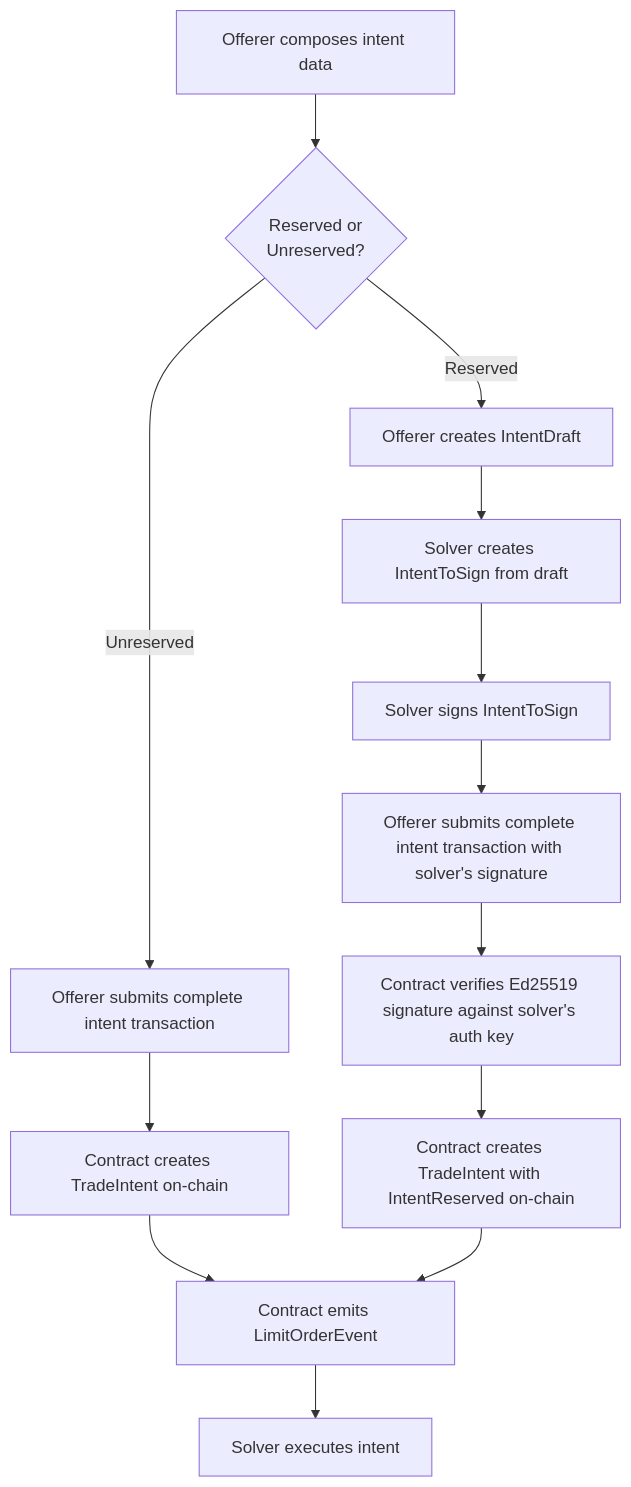
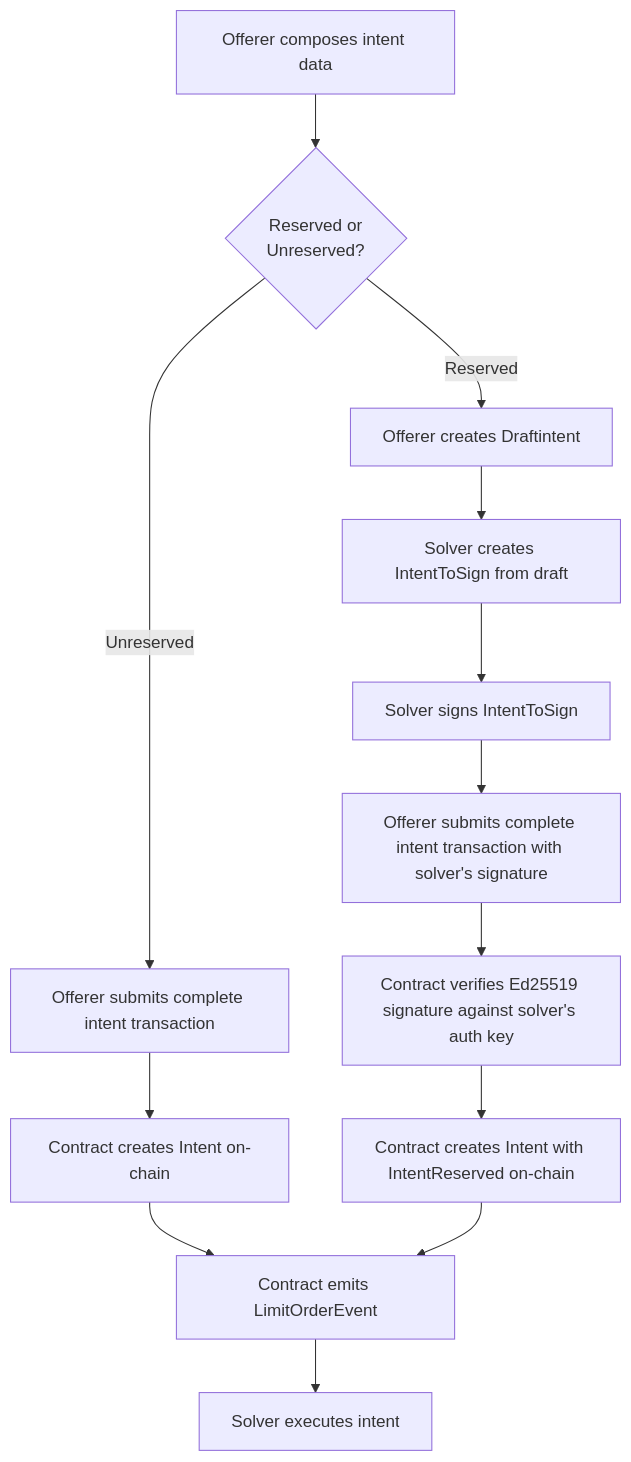
One commit to apenzk/int3nts changed the diagram in docs/move-intent-framework/intent-reservation.md. Above: the diagram before and after it, drawn with Mermaid. The commit also changed other lines of this file and 134 other files, not shown here.

````diff
--- a/docs/move-intent-framework/intent-reservation.md
+++ b/docs/move-intent-framework/intent-reservation.md
@@ -10,18 +10,18 @@
 ```mermaid
 graph TD
     A[Offerer composes intent data] --> B{Reserved or<br/>Unreserved?}
     
     B -->|Unreserved| C[Offerer submits complete intent transaction]
-    C --> D[Contract creates TradeIntent on-chain]
+    C --> D[Contract creates Intent on-chain]
     
-    B -->|Reserved| E[Offerer creates IntentDraft]
+    B -->|Reserved| E[Offerer creates Draftintent]
     E --> F[Solver creates IntentToSign from draft]
     F --> G[Solver signs IntentToSign]
     G --> H[Offerer submits complete intent transaction with solver's signature]
     H --> I[Contract verifies Ed25519 signature against solver's auth key]
-    I --> J[Contract creates TradeIntent with IntentReserved on-chain]
+    I --> J[Contract creates Intent with IntentReserved on-chain]
     
     D --> K[Contract emits LimitOrderEvent]
     J --> K
     K --> L[Solver executes intent]
 ```
````
